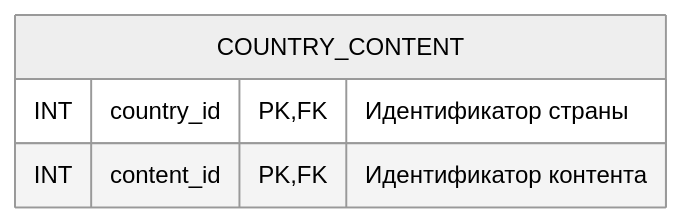
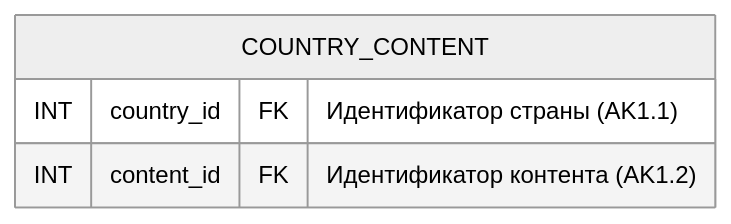
Diagram 19 of 21 in db/normalized/relations.md (go-park-mail-ru/2024_1_Cyberkotletki), drawn with Mermaid (neutral theme) before and after one commit. The commit also changed other lines of this file and 2 other files, not shown here.

````diff
--- a/db/normalized/relations.md
+++ b/db/normalized/relations.md
@@ -358,7 +484,7 @@
 ```mermaid
 erDiagram
     COUNTRY_CONTENT {
-        INT country_id PK, FK "Идентификатор страны"
-        INT content_id PK, FK "Идентификатор контента"
+        INT country_id FK "Идентификатор страны (AK1.1)"
+        INT content_id FK "Идентификатор контента (AK1.2)"
     }
 ```
````
